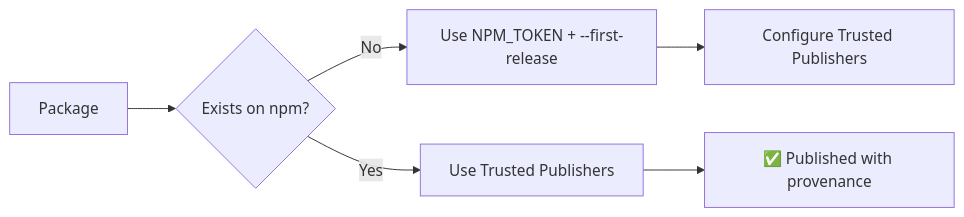
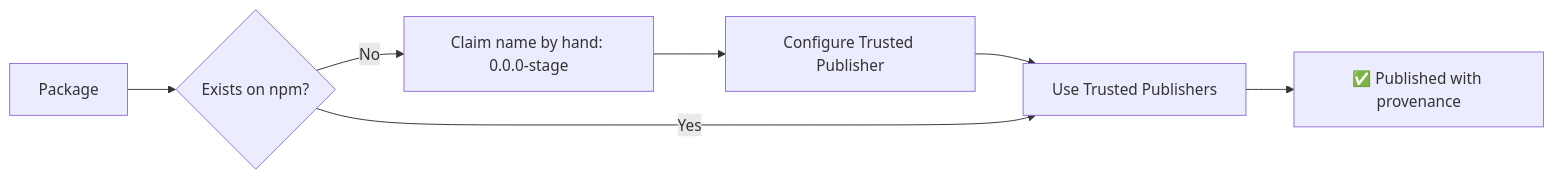
One commit to ofri-peretz/eslint changed the fourth of 5 diagrams in .github/CICD_PIPELINE.md. Above: the diagram before and after it, drawn with Mermaid. The commit also changed other lines of this file and 13 other files, not shown here.

````diff
--- a/.github/CICD_PIPELINE.md
+++ b/.github/CICD_PIPELINE.md
@@ -323,8 +321,9 @@
 ```mermaid
 flowchart LR
     A[Package] --> B{Exists on npm?}
-    B -->|No| C[Use NPM_TOKEN + --first-release]
+    B -->|No| C[Claim name by hand: 0.0.0-stage]
+    C --> E[Configure Trusted Publisher]
+    E --> D
     B -->|Yes| D[Use Trusted Publishers]
-    C --> E[Configure Trusted Publishers]
     D --> F[✅ Published with provenance]
 ```
````
